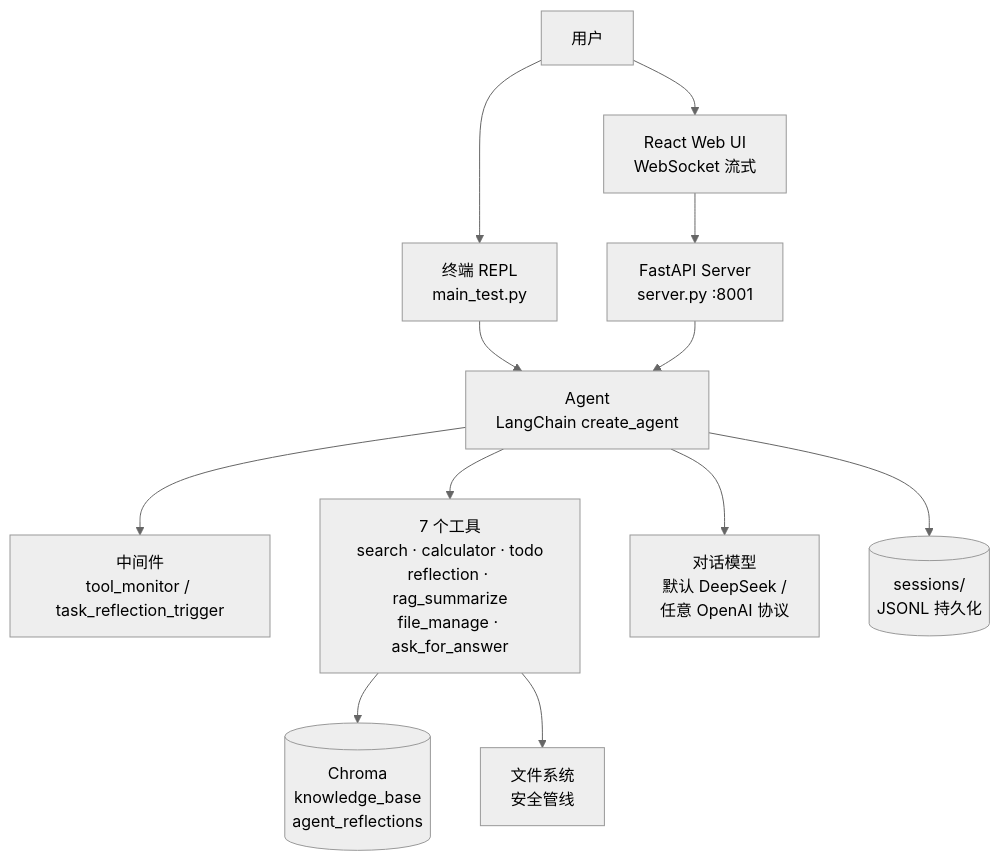
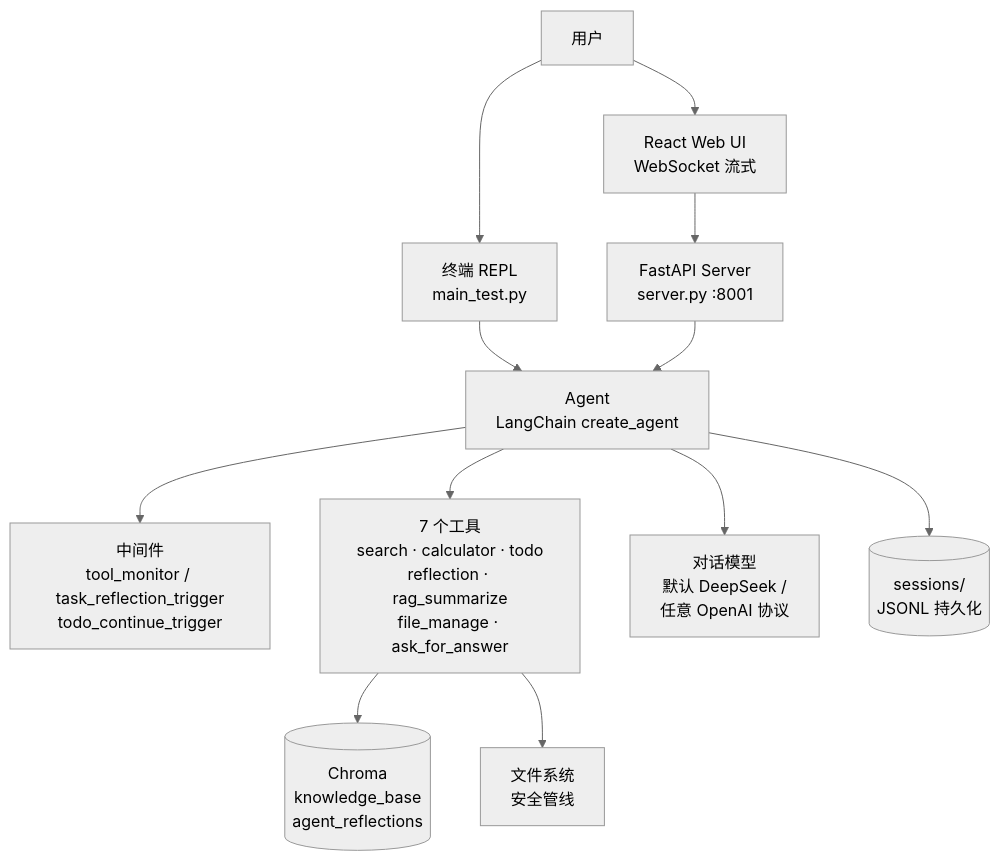
Before and after one commit to alaala-daka/Agent_Dev_proj: the diagram in README.md, drawn with Mermaid (neutral theme). The commit also changed other lines of this file and 7 other files, not shown here.

````diff
--- a/README.md
+++ b/README.md
@@ -99,14 +111,14 @@
 ```mermaid
 graph TD
     U[用户] --> UI[React Web UI<br/>WebSocket 流式]
     U --> REPL[终端 REPL<br/>main_test.py]
     UI --> SRV[FastAPI Server<br/>server.py :8001]
     REPL --> AG[Agent<br/>LangChain create_agent]
     SRV --> AG
-    AG --> MW[中间件<br/>tool_monitor / task_reflection_trigger]
+    AG --> MW[中间件<br/>tool_monitor / task_reflection_trigger<br/>todo_continue_trigger]
     AG --> TOOLS[7 个工具<br/>search · calculator · todo<br/>reflection · rag_summarize<br/>file_manage · ask_for_answer]
     AG --> LLM[对话模型<br/>默认 DeepSeek /<br/>任意 OpenAI 协议]
     TOOLS --> CHROMA[(Chroma<br/>knowledge_base<br/>agent_reflections)]
     TOOLS --> FS[文件系统<br/>安全管线]
     AG --> SESS[(sessions/<br/>JSONL 持久化)]
 ```
````
